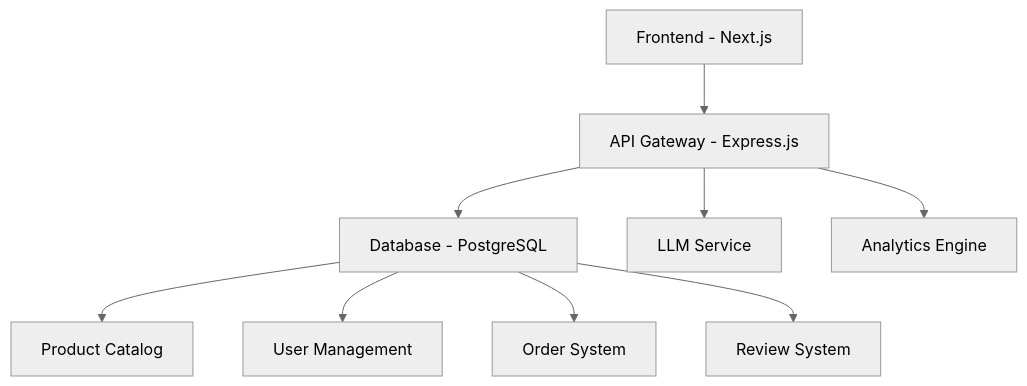
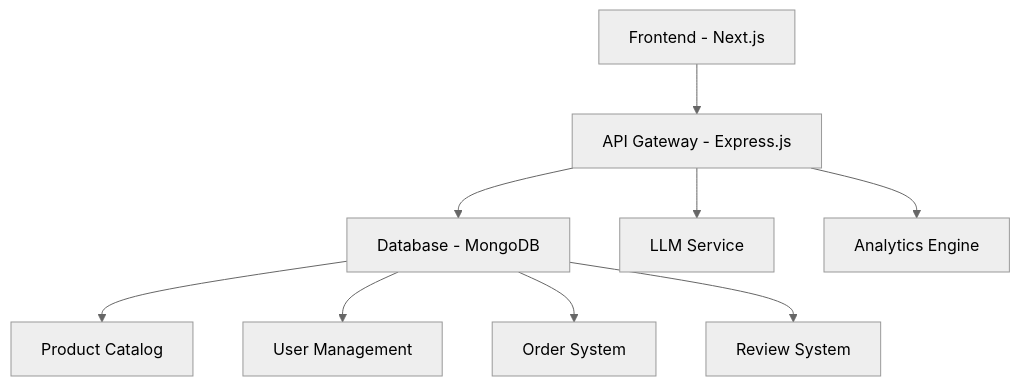
The first of 2 diagrams in README.md (nihal07g/SmartCartia-AI-Powered-E-Commerce-Platform), drawn with Mermaid (neutral theme) before and after one commit. The commit also changed other lines of this file and 7 other files, not shown here.

````diff
--- a/README.md
+++ b/README.md
@@ -59,11 +59,11 @@
 ```mermaid
 graph TB
     A[Frontend - Next.js] --> B[API Gateway - Express.js]
-    B --> C[Database - PostgreSQL]
+  B --> C[Database - MongoDB]
     B --> D[LLM Service]
     B --> E[Analytics Engine]
     C --> F[Product Catalog]
     C --> G[User Management]
     C --> H[Order System]
     C --> I[Review System]
 ```
````
